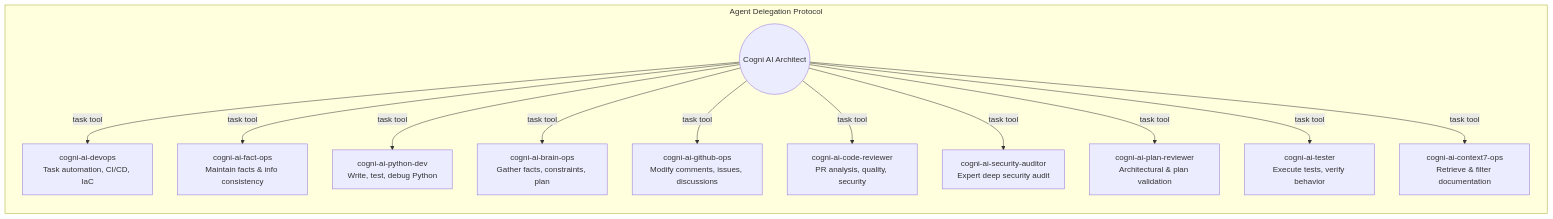
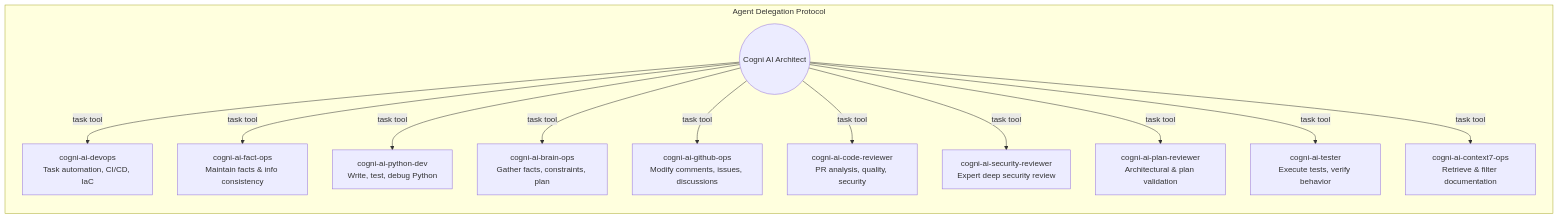
One commit to Cogni-AI-OU/cogni-ai-agent-skills changed the first of 2 diagrams in subagent-task/SKILL.md. Above: the diagram before and after it, drawn with Mermaid. The commit also changed other lines of this file and 12 other files, not shown here.

Commit message:
docs: rename security-audit to security-review

````diff
--- a/subagent-task/SKILL.md
+++ b/subagent-task/SKILL.md
@@ -44,20 +44,20 @@
 ```mermaid
 %% --------------------------------------------------------
 %% Agent Delegation Protocol
 %% --------------------------------------------------------
 flowchart TD
     subgraph Flow_Agent_Delegation ["Agent Delegation Protocol"]
         direction TB
         Arch((Cogni AI Architect))
         Arch -->|task tool| DevOps[cogni-ai-devops<br/>Task automation, CI/CD, IaC]
         Arch -->|task tool| FactOps[cogni-ai-fact-ops<br/>Maintain facts & info consistency]
         Arch -->|task tool| PyDev[cogni-ai-python-dev<br/>Write, test, debug Python]
         Arch -->|task tool| BrainOps[cogni-ai-brain-ops<br/>Gather facts, constraints, plan]
         Arch -->|task tool| GHOps[cogni-ai-github-ops<br/>Modify comments, issues, discussions]
         Arch -->|task tool| CodeRev[cogni-ai-code-reviewer<br/>PR analysis, quality, security]
-        Arch -->|task tool| SecAud_Arch[cogni-ai-security-auditor<br/>Expert deep security audit]
+        Arch -->|task tool| SecRev_Arch[cogni-ai-security-reviewer<br/>Expert deep security review]
         Arch -->|task tool| PlanRev[cogni-ai-plan-reviewer<br/>Architectural & plan validation]
         Arch -->|task tool| Tester[cogni-ai-tester<br/>Execute tests, verify behavior]
         Arch -->|task tool| C7Ops[cogni-ai-context7-ops<br/>Retrieve & filter documentation]
     end
 ```
````
